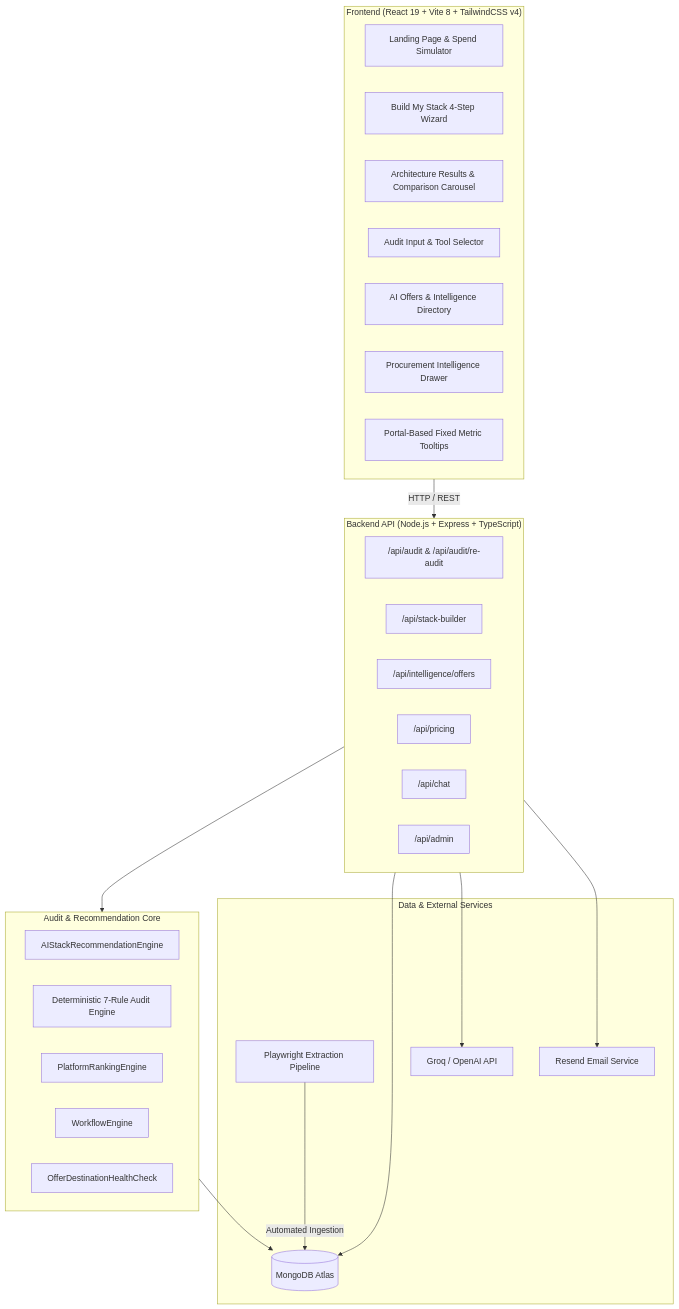
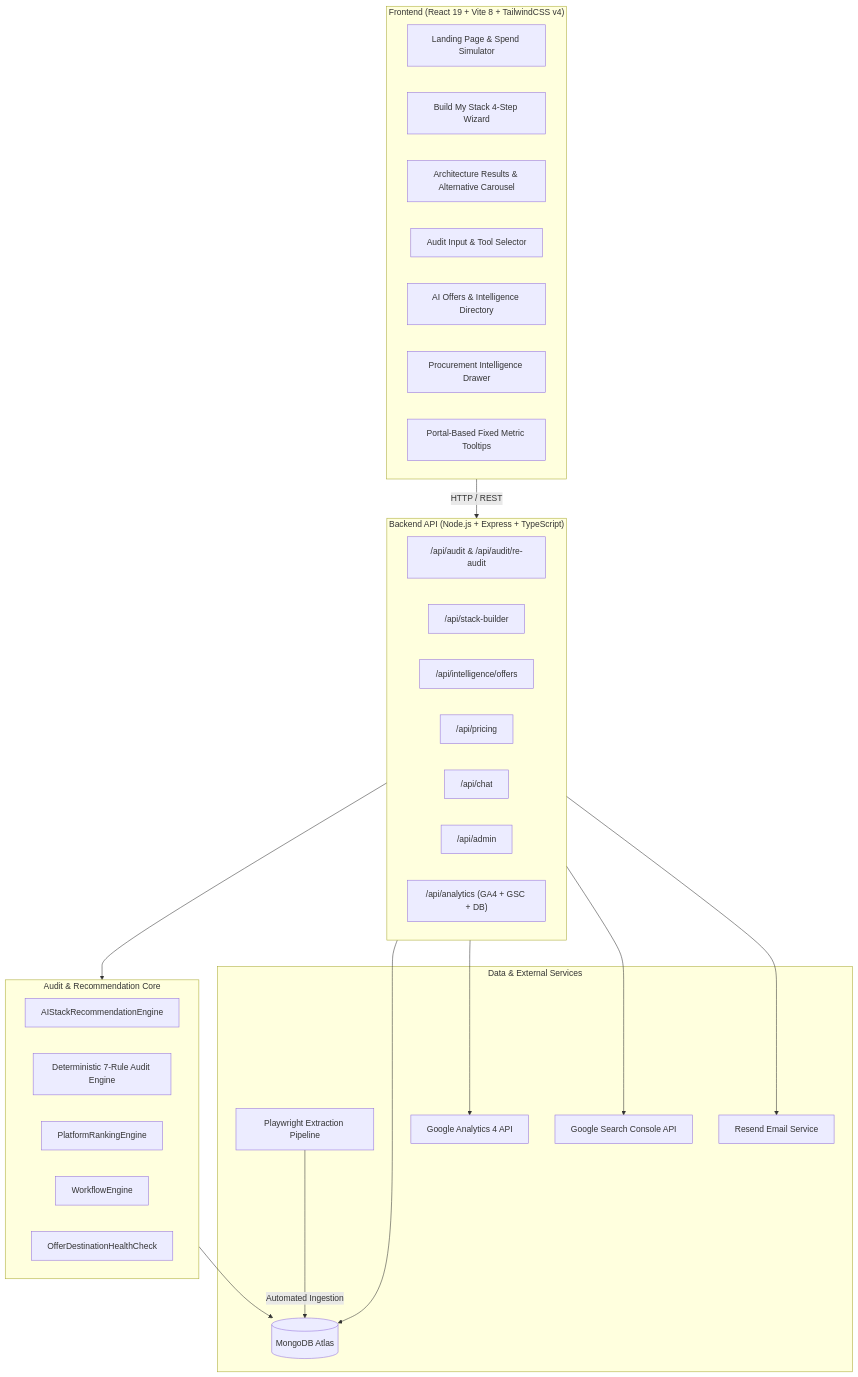
Before and after one commit to Dashwanth15/stacksave-ai-audit: the second of 5 diagrams in README.md, drawn with Mermaid. The commit also changed other lines of this file and 2 other files, not shown here.

````diff
--- a/README.md
+++ b/README.md
@@ -154,44 +184,47 @@
 ```mermaid
 graph TD
     subgraph Client["Frontend (React 19 + Vite 8 + TailwindCSS v4)"]
         UI_Landing[Landing Page & Spend Simulator]
         UI_Builder[Build My Stack 4-Step Wizard]
-        UI_Results[Architecture Results & Comparison Carousel]
+        UI_Results[Architecture Results & Alternative Carousel]
         UI_Audit[Audit Input & Tool Selector]
         UI_Offers[AI Offers & Intelligence Directory]
         UI_Drawer[Procurement Intelligence Drawer]
         UI_Tooltip[Portal-Based Fixed Metric Tooltips]
     end
 
     subgraph Server["Backend API (Node.js + Express + TypeScript)"]
         API_Audit["/api/audit & /api/audit/re-audit"]
         API_Builder["/api/stack-builder"]
         API_Intel["/api/intelligence/offers"]
         API_Pricing["/api/pricing"]
         API_Chat["/api/chat"]
         API_Admin["/api/admin"]
+        API_Analytics["/api/analytics (GA4 + GSC + DB)"]
     end
 
     subgraph CoreEngines["Audit & Recommendation Core"]
         REC_Engine[AIStackRecommendationEngine]
         AUD_Engine[Deterministic 7-Rule Audit Engine]
         RNK_Engine[PlatformRankingEngine]
         WRK_Engine[WorkflowEngine]
         HLT_Check[OfferDestinationHealthCheck]
     end
 
     subgraph Storage["Data & External Services"]
         DB[(MongoDB Atlas)]
         PW[Playwright Extraction Pipeline]
-        AI[Groq / OpenAI API]
+        GA4[Google Analytics 4 API]
+        GSC[Google Search Console API]
         RES[Resend Email Service]
     end
 
     Client -->|HTTP / REST| Server
     Server --> CoreEngines
     CoreEngines --> DB
     Server --> DB
-    Server --> AI
+    Server --> GA4
+    Server --> GSC
     Server --> RES
     PW -->|Automated Ingestion| DB
 ```
````
